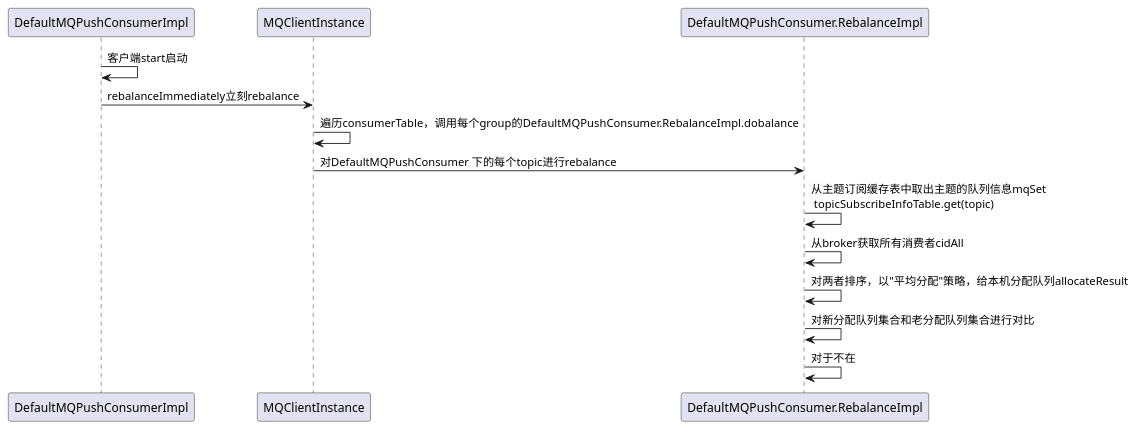
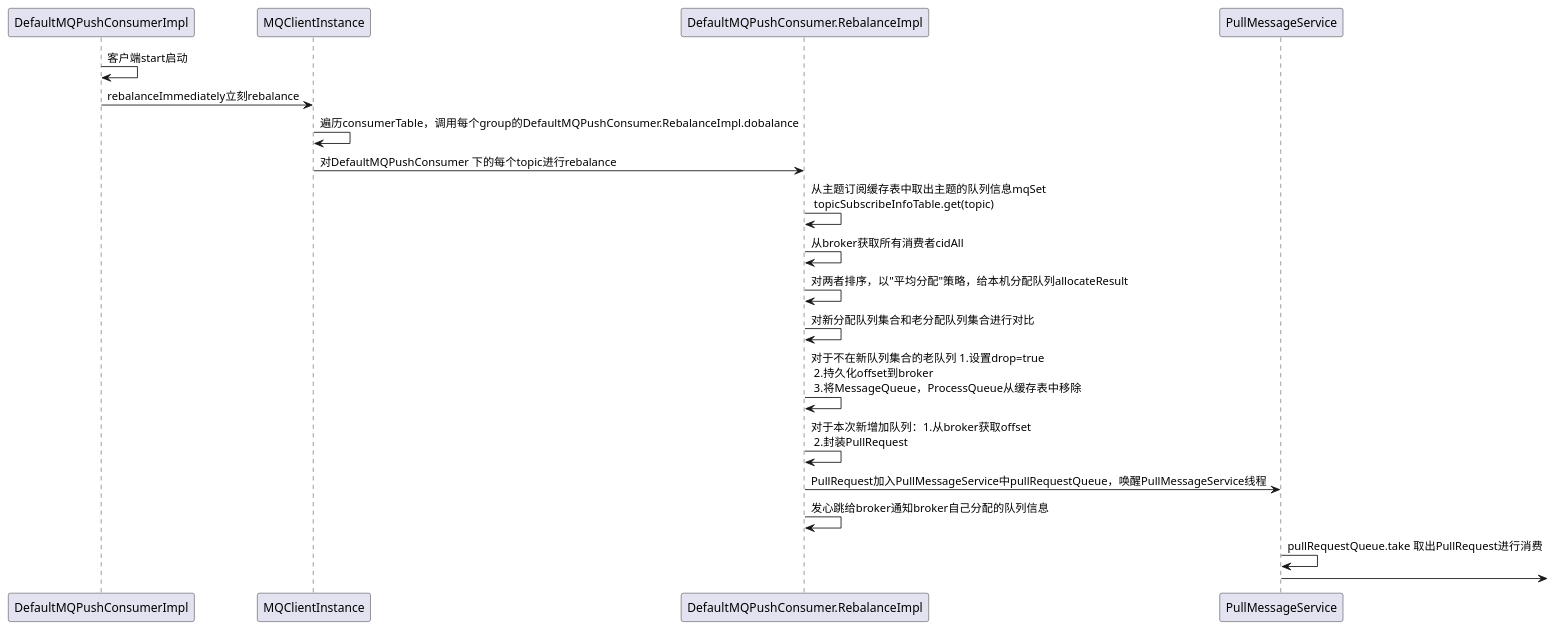
Before and after one commit to sybnfkn/java-chaotic: the diagram in rocketmq/消息消费.puml, drawn with PlantUML.

```diff
--- a/rocketmq/消息消费.puml
+++ b/rocketmq/消息消费.puml
@@ -1,12 +1,20 @@
 @startuml
 DefaultMQPushConsumerImpl -> DefaultMQPushConsumerImpl:客户端start启动
 DefaultMQPushConsumerImpl -> MQClientInstance:rebalanceImmediately立刻rebalance
 MQClientInstance -> MQClientInstance:遍历consumerTable，调用每个group的DefaultMQPushConsumer.RebalanceImpl.dobalance
 MQClientInstance -> DefaultMQPushConsumer.RebalanceImpl: 对DefaultMQPushConsumer 下的每个topic进行rebalance
 DefaultMQPushConsumer.RebalanceImpl-> DefaultMQPushConsumer.RebalanceImpl:从主题订阅缓存表中取出主题的队列信息mqSet \n topicSubscribeInfoTable.get(topic)
 DefaultMQPushConsumer.RebalanceImpl-> DefaultMQPushConsumer.RebalanceImpl:从broker获取所有消费者cidAll
 DefaultMQPushConsumer.RebalanceImpl-> DefaultMQPushConsumer.RebalanceImpl:对两者排序，以"平均分配"策略，给本机分配队列allocateResult
 DefaultMQPushConsumer.RebalanceImpl-> DefaultMQPushConsumer.RebalanceImpl:对新分配队列集合和老分配队列集合进行对比
-DefaultMQPushConsumer.RebalanceImpl-> DefaultMQPushConsumer.RebalanceImpl:对于不在
+DefaultMQPushConsumer.RebalanceImpl-> DefaultMQPushConsumer.RebalanceImpl:对于不在新队列集合的老队列 1.设置drop=true \n 2.持久化offset到broker \n 3.将MessageQueue，ProcessQueue从缓存表中移除
+
+DefaultMQPushConsumer.RebalanceImpl-> DefaultMQPushConsumer.RebalanceImpl:对于本次新增加队列：1.从broker获取offset \n 2.封装PullRequest
+DefaultMQPushConsumer.RebalanceImpl-> PullMessageService:PullRequest加入PullMessageService中pullRequestQueue，唤醒PullMessageService线程
+DefaultMQPushConsumer.RebalanceImpl-> DefaultMQPushConsumer.RebalanceImpl:发心跳给broker通知broker自己分配的队列信息
+
+PullMessageService -> PullMessageService:pullRequestQueue.take 取出PullRequest进行消费
+PullMessageService ->
+
 
 @enduml
```
